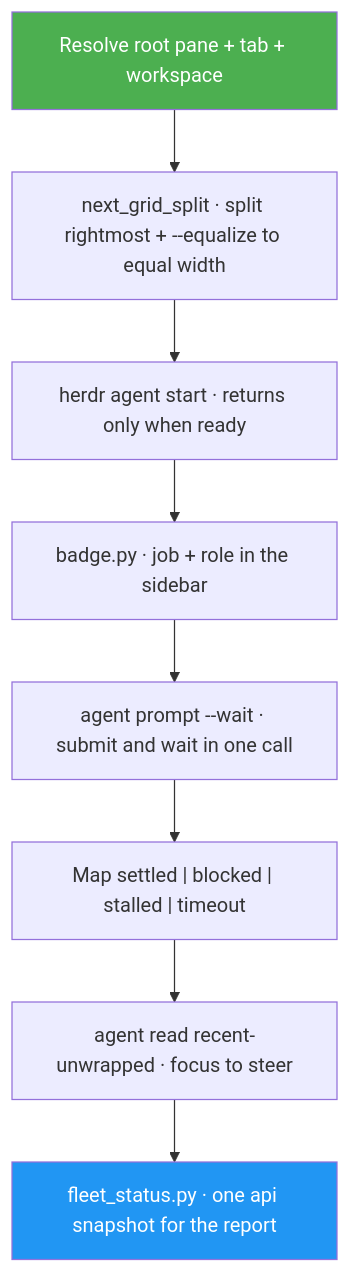
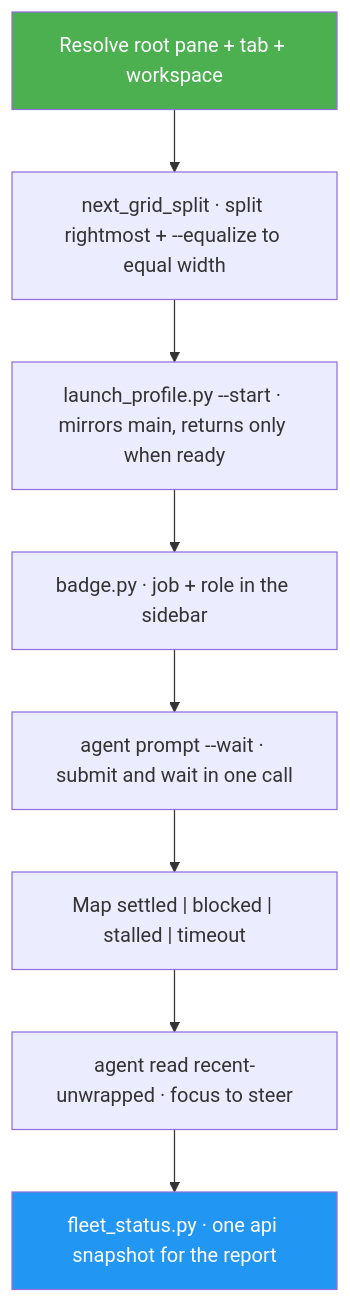
The diagram in skills/herdr-agent/docs/README.md (luongnv89/skills), drawn with Mermaid before and after one commit. The commit also changed other lines of this file and 11 other files, not shown here.

First line of the commit message:
feat(herdr-agent): workers mirror the main agent's launch profile by default (3.1.0) (#191)

````diff
--- a/skills/herdr-agent/docs/README.md
+++ b/skills/herdr-agent/docs/README.md
@@ -39,12 +41,12 @@
 ```mermaid
 graph TD
     A["Resolve root pane + tab + workspace"] --> B["next_grid_split · split rightmost + --equalize to equal width"]
-    B --> C["herdr agent start · returns only when ready"]
+    B --> C["launch_profile.py --start · mirrors main, returns only when ready"]
     C --> C2["badge.py · job + role in the sidebar"]
     C2 --> D["agent prompt --wait · submit and wait in one call"]
     D --> E["Map settled | blocked | stalled | timeout"]
     E --> F["agent read recent-unwrapped · focus to steer"]
     F --> G["fleet_status.py · one api snapshot for the report"]
     style A fill:#4CAF50,color:#fff
     style G fill:#2196F3,color:#fff
 ```
````
